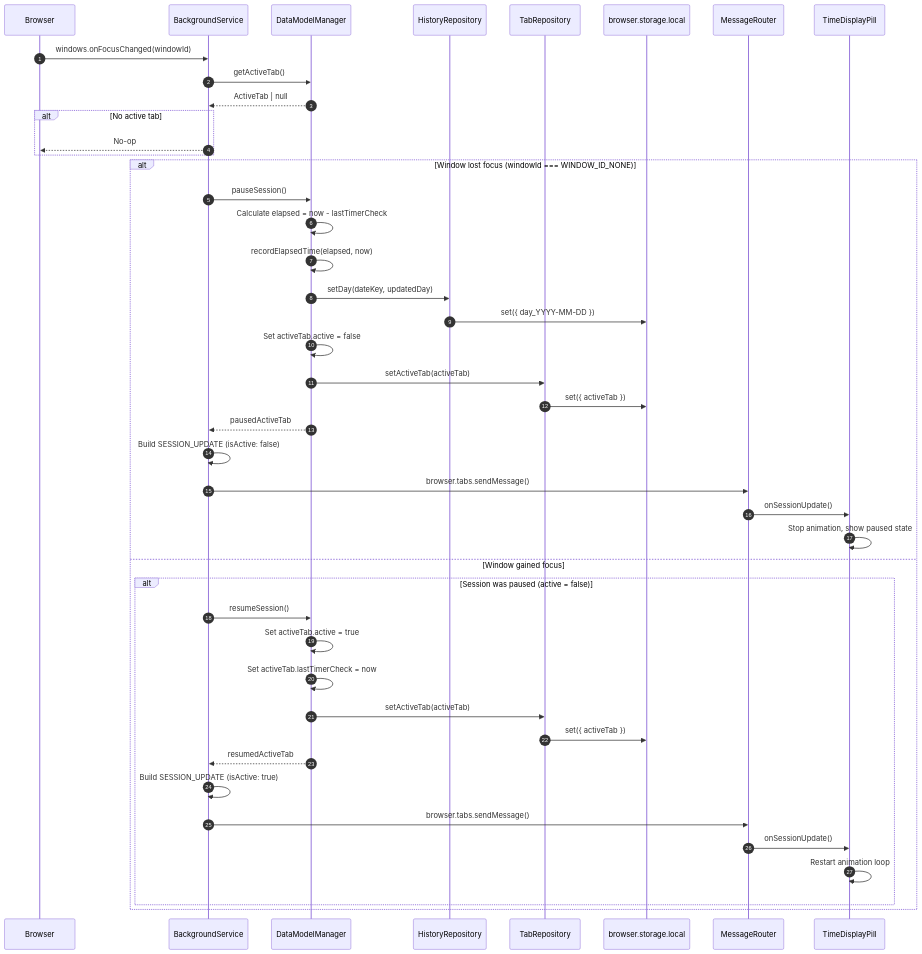
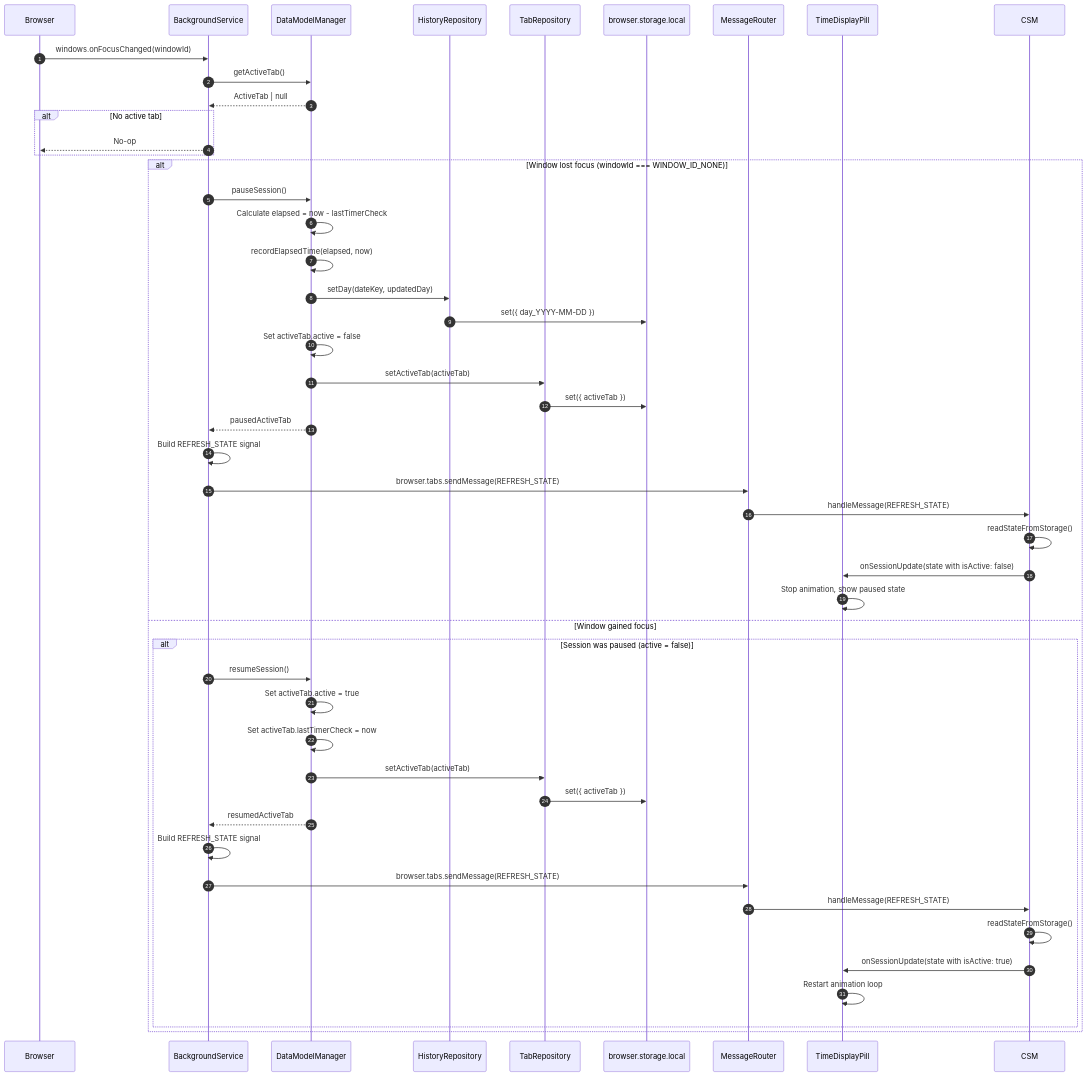
One commit to JayDosunmu/web-time-tracker changed the third of 11 diagrams in docs/architecture-sequences.md. Above: the diagram before and after it, drawn with Mermaid. The commit also changed other lines of this file and 4 other files, not shown here.

Commit message:
Update architecture documentation

````diff
--- a/docs/architecture-sequences.md
+++ b/docs/architecture-sequences.md
@@ -123,52 +121,56 @@
 ```mermaid
 sequenceDiagram
     autonumber
     participant Browser as Browser
     participant BS as BackgroundService
     participant DMM as DataModelManager
     participant HR as HistoryRepository
     participant TR as TabRepository
     participant Storage as browser.storage.local
     participant MR as MessageRouter
     participant TDP as TimeDisplayPill
 
     Browser->>BS: windows.onFocusChanged(windowId)
 
     BS->>DMM: getActiveTab()
     DMM-->>BS: ActiveTab | null
 
     alt No active tab
         BS-->>Browser: No-op
     end
 
     alt Window lost focus (windowId === WINDOW_ID_NONE)
         BS->>DMM: pauseSession()
         DMM->>DMM: Calculate elapsed = now - lastTimerCheck
         DMM->>DMM: recordElapsedTime(elapsed, now)
         DMM->>HR: setDay(dateKey, updatedDay)
         HR->>Storage: set({ day_YYYY-MM-DD })
         DMM->>DMM: Set activeTab.active = false
         DMM->>TR: setActiveTab(activeTab)
         TR->>Storage: set({ activeTab })
         DMM-->>BS: pausedActiveTab
 
-        BS->>BS: Build SESSION_UPDATE (isActive: false)
-        BS->>MR: browser.tabs.sendMessage()
-        MR->>TDP: onSessionUpdate()
+        BS->>BS: Build REFRESH_STATE signal
+        BS->>MR: browser.tabs.sendMessage(REFRESH_STATE)
+        MR->>CSM: handleMessage(REFRESH_STATE)
+        CSM->>CSM: readStateFromStorage()
+        CSM->>TDP: onSessionUpdate(state with isActive: false)
         TDP->>TDP: Stop animation, show paused state
     else Window gained focus
         alt Session was paused (active = false)
             BS->>DMM: resumeSession()
             DMM->>DMM: Set activeTab.active = true
             DMM->>DMM: Set activeTab.lastTimerCheck = now
             DMM->>TR: setActiveTab(activeTab)
             TR->>Storage: set({ activeTab })
             DMM-->>BS: resumedActiveTab
 
-            BS->>BS: Build SESSION_UPDATE (isActive: true)
-            BS->>MR: browser.tabs.sendMessage()
-            MR->>TDP: onSessionUpdate()
+            BS->>BS: Build REFRESH_STATE signal
+            BS->>MR: browser.tabs.sendMessage(REFRESH_STATE)
+            MR->>CSM: handleMessage(REFRESH_STATE)
+            CSM->>CSM: readStateFromStorage()
+            CSM->>TDP: onSessionUpdate(state with isActive: true)
             TDP->>TDP: Restart animation loop
         end
     end
 ```
````
